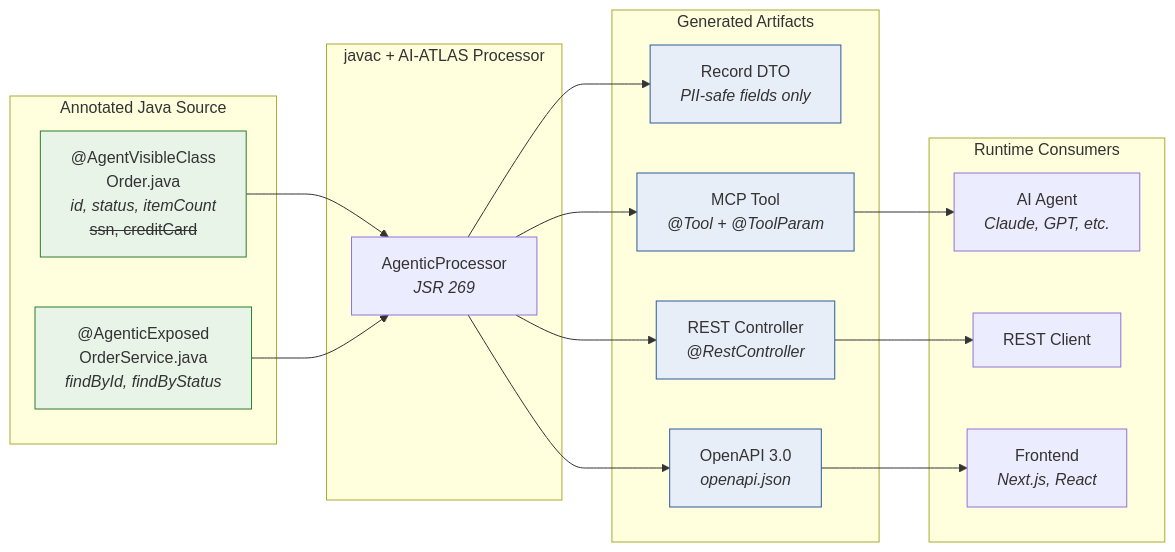
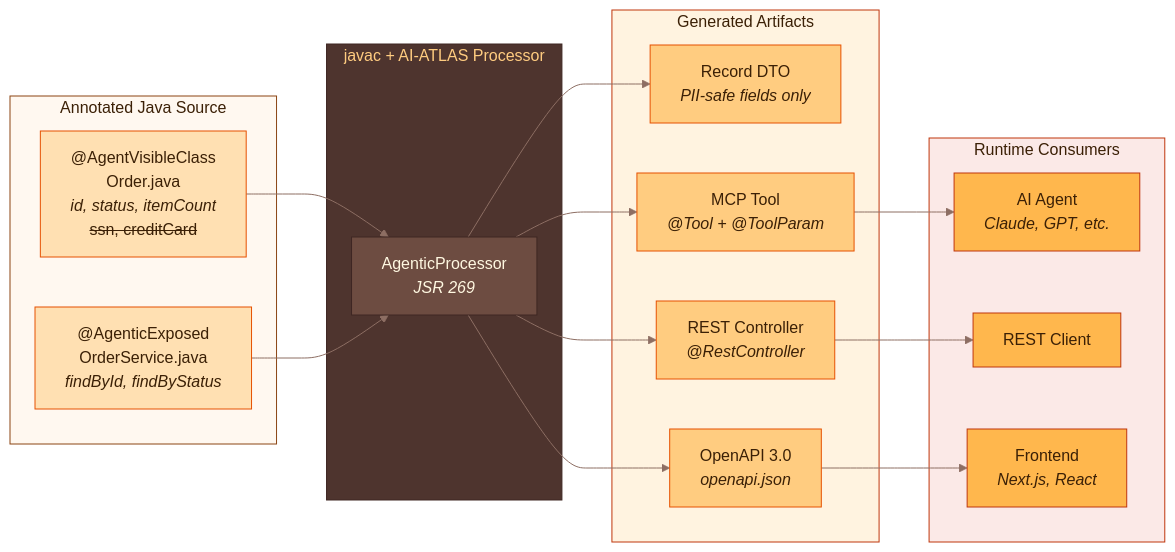
The first of 4 diagrams in README.md (gosha70/ai-atlas), drawn with Mermaid before and after one commit. The commit also changed other lines of this file, not shown here.

````diff
--- a/README.md
+++ b/README.md
@@ -64,41 +64,50 @@
 ```mermaid
+%%{init: {'theme': 'base', 'themeVariables': {'primaryColor': '#FFE0B2', 'primaryTextColor': '#3b2006', 'primaryBorderColor': '#E65100', 'lineColor': '#8D6E63', 'textColor': '#3b2006'}}}%%
 flowchart LR
     subgraph INPUT["Annotated Java Source"]
         Entity["@AgentVisibleClass<br/>Order.java<br/><i>id, status, itemCount</i><br/><s>ssn, creditCard</s>"]
         Service["@AgenticExposed<br/>OrderService.java<br/><i>findById, findByStatus</i>"]
     end
 
     subgraph COMPILE["javac + AI-ATLAS Processor"]
         AP["AgenticProcessor<br/><i>JSR 269</i>"]
     end
 
     subgraph OUTPUT["Generated Artifacts"]
         DTO["Record DTO<br/><i>PII-safe fields only</i>"]
         MCP["MCP Tool<br/><i>@Tool + @ToolParam</i>"]
         REST["REST Controller<br/><i>@RestController</i>"]
         OAPI["OpenAPI 3.0<br/><i>openapi.json</i>"]
     end
 
     subgraph CONSUMERS["Runtime Consumers"]
         Agent["AI Agent<br/><i>Claude, GPT, etc.</i>"]
         Client["REST Client"]
         FE["Frontend<br/><i>Next.js, React</i>"]
     end
 
     Entity --> AP
     Service --> AP
     AP --> DTO
     AP --> MCP
     AP --> REST
     AP --> OAPI
     MCP --> Agent
     REST --> Client
     OAPI --> FE
 
-    style Entity fill:#e8f4e8,stroke:#2d7d2d
-    style Service fill:#e8f4e8,stroke:#2d7d2d
-    style DTO fill:#e8eef8,stroke:#2d5a9b
-    style MCP fill:#e8eef8,stroke:#2d5a9b
-    style REST fill:#e8eef8,stroke:#2d5a9b
-    style OAPI fill:#e8eef8,stroke:#2d5a9b
+    style INPUT fill:#fff8f0,stroke:#8B4513,color:#3b2006
+    style Entity fill:#FFE0B2,stroke:#E65100,color:#3b2006
+    style Service fill:#FFE0B2,stroke:#E65100,color:#3b2006
+    style COMPILE fill:#4E342E,stroke:#3E2723,color:#FFCC80
+    style AP fill:#6D4C41,stroke:#3E2723,color:#FFF8E1
+    style OUTPUT fill:#FFF3E0,stroke:#BF360C,color:#3b2006
+    style DTO fill:#FFCC80,stroke:#E65100,color:#3b2006
+    style MCP fill:#FFCC80,stroke:#E65100,color:#3b2006
+    style REST fill:#FFCC80,stroke:#E65100,color:#3b2006
+    style OAPI fill:#FFCC80,stroke:#E65100,color:#3b2006
+    style CONSUMERS fill:#FBE9E7,stroke:#BF360C,color:#3b2006
+    style Agent fill:#FFB74D,stroke:#BF360C,color:#3b2006
+    style Client fill:#FFB74D,stroke:#BF360C,color:#3b2006
+    style FE fill:#FFB74D,stroke:#BF360C,color:#3b2006
 ```
````
